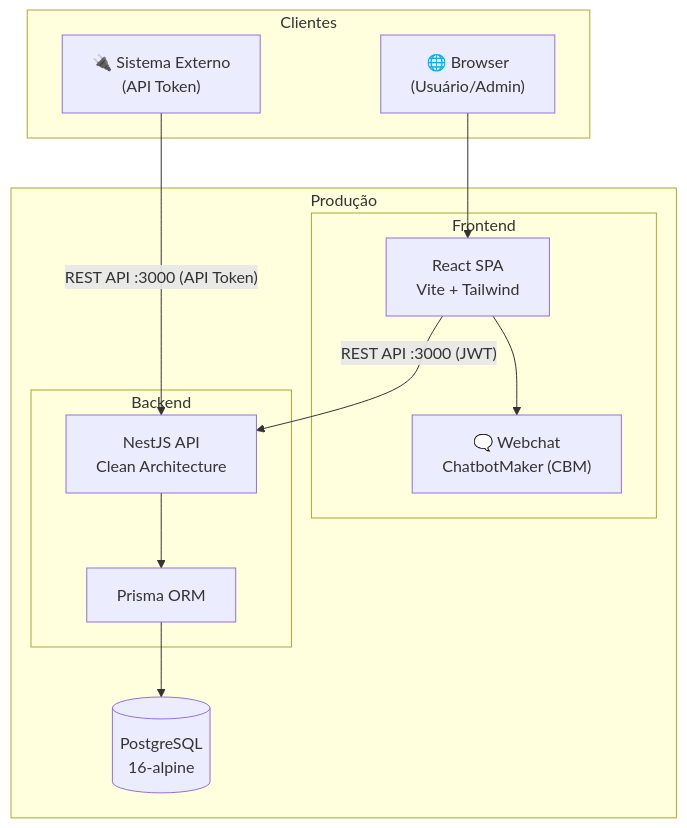
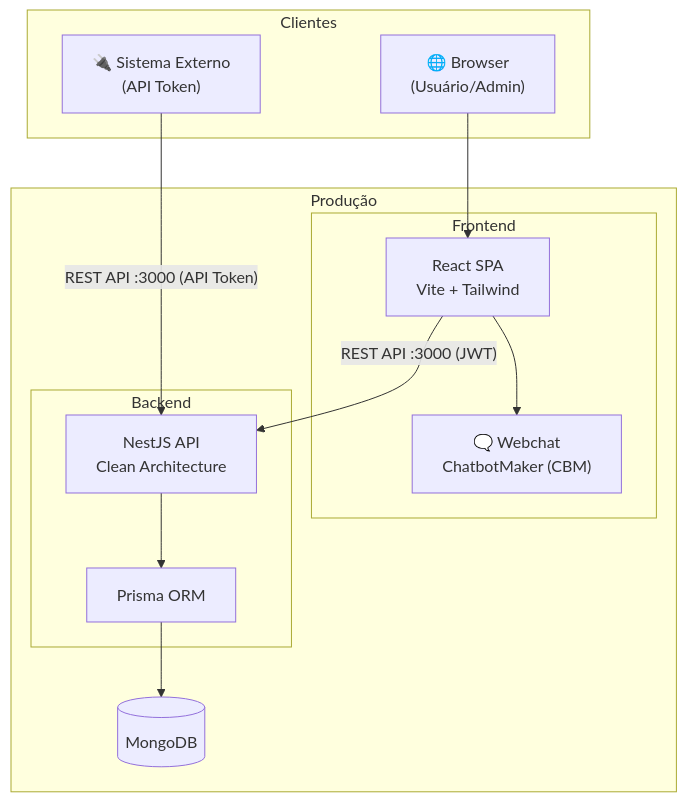
Before and after one commit to weldercriss/universidade-suri: the first of 5 diagrams in backend/docs/architecture.md, drawn with Mermaid. The commit also changed other lines of this file and 6 other files, not shown here.

````diff
--- a/backend/docs/architecture.md
+++ b/backend/docs/architecture.md
@@ -23,28 +23,28 @@
 ```mermaid
 graph TB
     subgraph Clientes
         Browser["🌐 Browser\n(Usuário/Admin)"]
         External["🔌 Sistema Externo\n(API Token)"]
     end
 
     subgraph Produção
         subgraph Frontend
             React["React SPA\nVite + Tailwind"]
             Webchat["🗨️ Webchat\nChatbotMaker (CBM)"]
         end
 
         subgraph Backend
             NestJS["NestJS API\nClean Architecture"]
             Prisma["Prisma ORM"]
         end
 
-        DB[("PostgreSQL\n16-alpine")]
+        DB[("MongoDB")]
     end
 
     Browser --> React
     React -->|"REST API :3000 (JWT)"| NestJS
     External -->|"REST API :3000 (API Token)"| NestJS
     NestJS --> Prisma
     Prisma --> DB
     React --> Webchat
 ```
````
